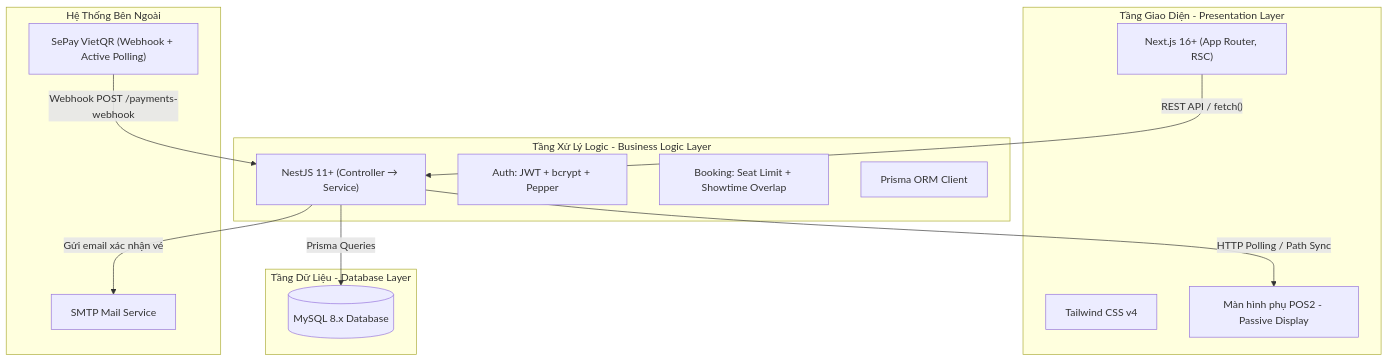
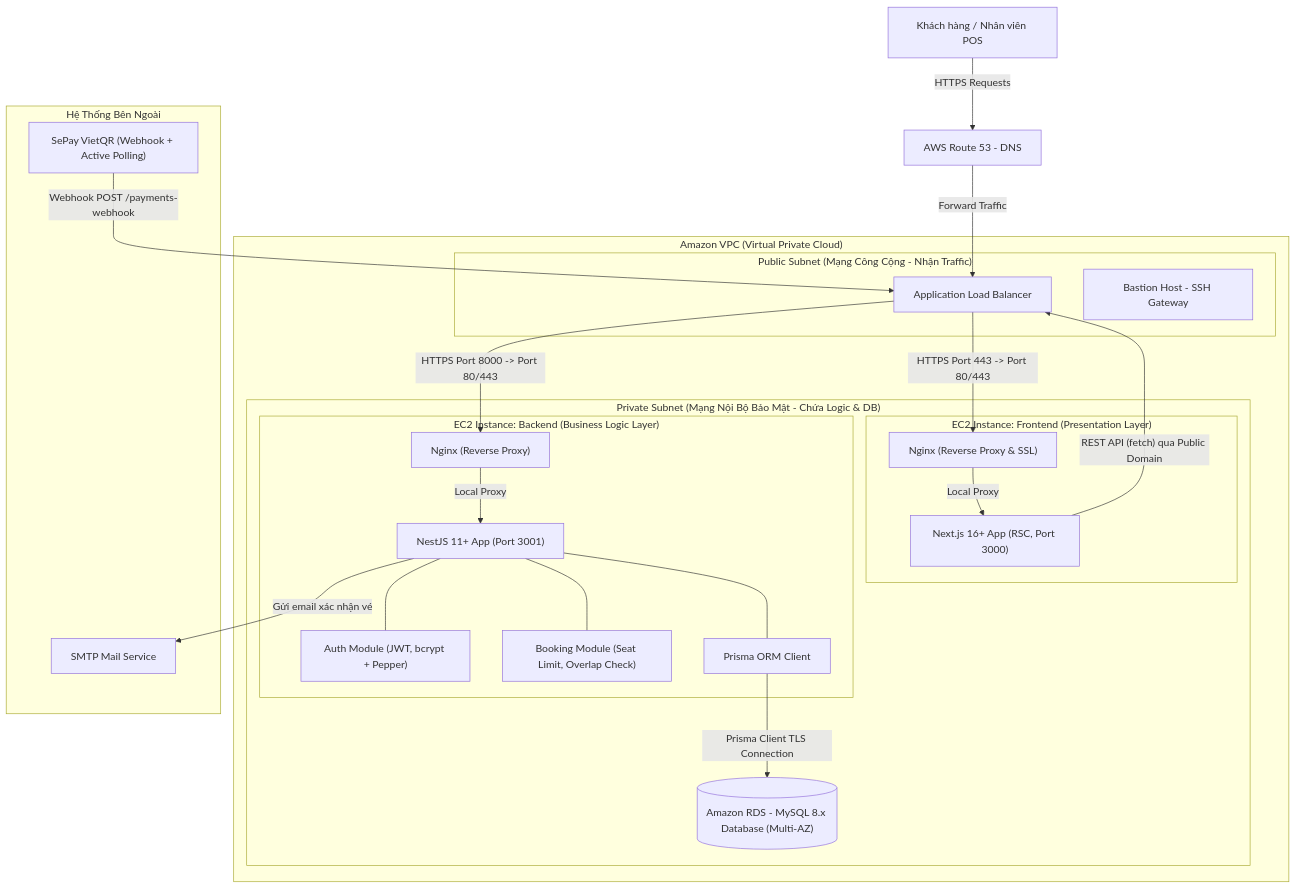
Before and after one commit to singuyenvan0206/RPG-bot: the fourth of 4 diagrams in fwer.md, drawn with Mermaid. The commit also changed other lines of this file, not shown here.

````diff
--- a/fwer.md
+++ b/fwer.md
@@ -301,30 +301,54 @@
 ```mermaid
 graph TB
-    subgraph Client ["Tầng Giao Diện - Presentation Layer"]
-        NextJS["Next.js 16+ (App Router, RSC)"]
-        Tailwind["Tailwind CSS v4"]
-        POS2["Màn hình phụ POS2 - Passive Display"]
-    end
+    %% Client & Routing
+    Client[Khách hàng / Nhân viên POS] -->|HTTPS Requests| Route53[AWS Route 53 - DNS]
+    Route53 -->|Forward Traffic| ALB[Application Load Balancer]
 
-    subgraph Server ["Tầng Xử Lý Logic - Business Logic Layer"]
-        NestJS["NestJS 11+ (Controller → Service)"]
-        Auth["Auth: JWT + bcrypt + Pepper"]
-        Booking["Booking: Seat Limit + Showtime Overlap"]
-        Prisma["Prisma ORM Client"]
-    end
+    subgraph VPC ["Amazon VPC (Virtual Private Cloud)"]
+        subgraph Public_Subnet ["Public Subnet (Mạng Công Cộng - Nhận Traffic)"]
+            ALB
+            Bastion[Bastion Host - SSH Gateway]
+        end
+        
+        subgraph Private_Subnet ["Private Subnet (Mạng Nội Bộ Bảo Mật - Chứa Logic & DB)"]
+            %% EC2 Frontend
+            subgraph EC2_Frontend ["EC2 Instance: Frontend (Presentation Layer)"]
+                NginxFE["Nginx (Reverse Proxy & SSL)"]
+                NextJS["Next.js 16+ App (RSC, Port 3000)"]
+                NginxFE -->|Local Proxy| NextJS
+            end
 
-    subgraph Storage ["Tầng Dữ Liệu - Database Layer"]
-        MySQL[("MySQL 8.x Database")]
+            %% EC2 Backend
+            subgraph EC2_Backend ["EC2 Instance: Backend (Business Logic Layer)"]
+                NginxBE["Nginx (Reverse Proxy)"]
+                NestJS["NestJS 11+ App (Port 3001)"]
+                Auth["Auth Module (JWT, bcrypt + Pepper)"]
+                Booking["Booking Module (Seat Limit, Overlap Check)"]
+                Prisma["Prisma ORM Client"]
+                
+                NginxBE -->|Local Proxy| NestJS
+                NestJS --- Auth
+                NestJS --- Booking
+                NestJS --- Prisma
+            end
+
+            %% Database Layer
+            RDS[("Amazon RDS - MySQL 8.x Database (Multi-AZ)")]
+        end
     end
 
     subgraph External ["Hệ Thống Bên Ngoài"]
         SePay["SePay VietQR (Webhook + Active Polling)"]
         Mailer["SMTP Mail Service"]
     end
 
-    NextJS -->|"REST API / fetch()"| NestJS
-    NestJS -->|"HTTP Polling / Path Sync"| POS2
-    NestJS -->|"Prisma Queries"| MySQL
-    SePay -->|"Webhook POST /payments-webhook"| NestJS
+    %% Routing to instances
+    ALB -->|HTTPS Port 443 -> Port 80/443| NginxFE
+    ALB -->|HTTPS Port 8000 -> Port 80/443| NginxBE
+    
+    %% Communication between layers
+    NextJS -->|"REST API (fetch) qua Public Domain"| ALB
+    Prisma -->|Prisma Client TLS Connection| RDS
+    SePay -->|"Webhook POST /payments-webhook"| ALB
     NestJS -->|"Gửi email xác nhận vé"| Mailer
 ```
````
